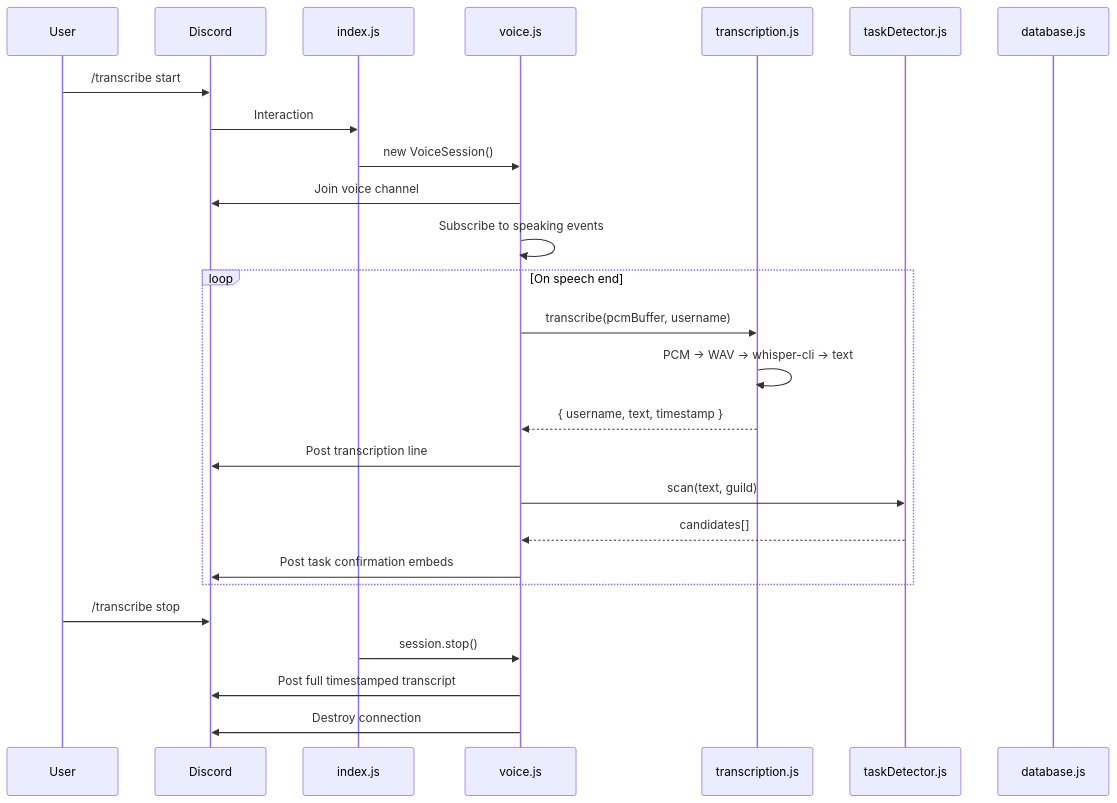
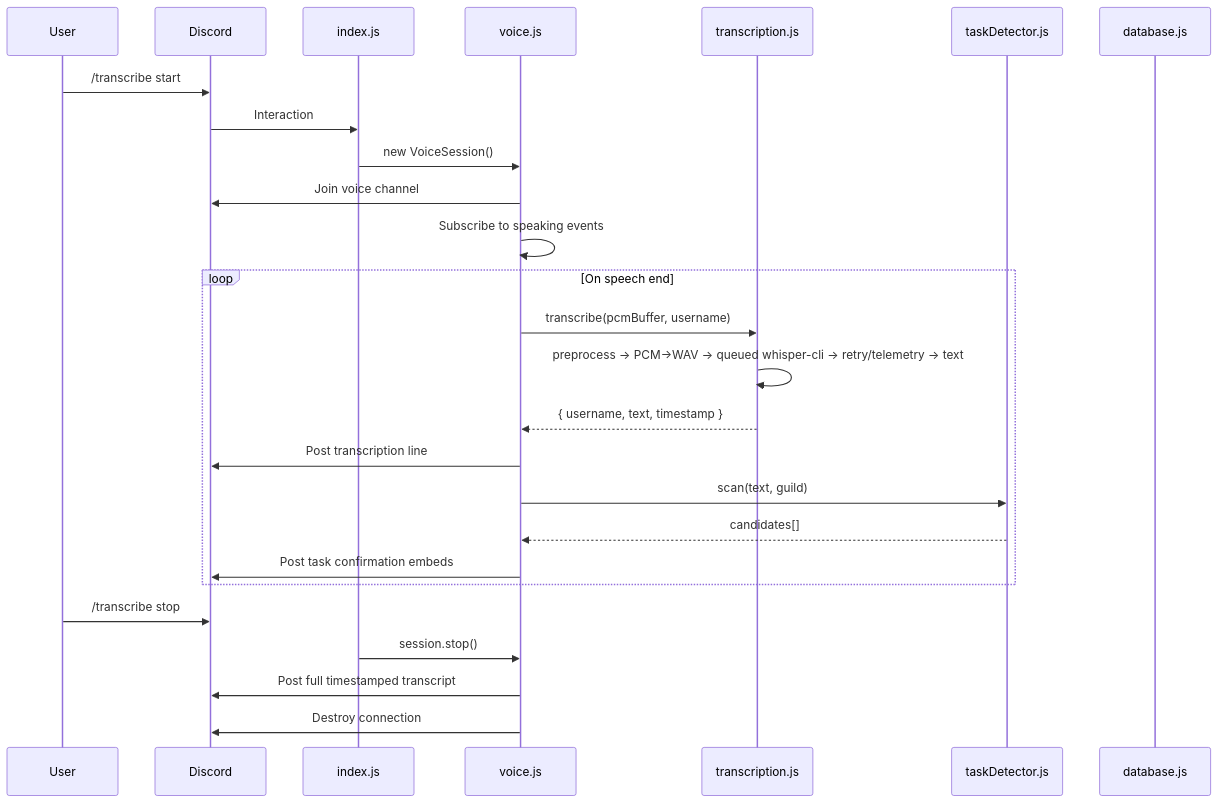
One commit to patriki28/discord-pmo-bot changed the first of 4 diagrams in docs/ARCHITECTURE.md. Above: the diagram before and after it, drawn with Mermaid. The commit also changed other lines of this file and 20 other files, not shown here.

````diff
--- a/docs/ARCHITECTURE.md
+++ b/docs/ARCHITECTURE.md
@@ -33,31 +33,31 @@
 ```mermaid
 sequenceDiagram
     participant User
     participant Discord
     participant Bot as index.js
     participant VS as voice.js
     participant T as transcription.js
     participant TD as taskDetector.js
     participant DB as database.js
 
     User->>Discord: /transcribe start
     Discord->>Bot: Interaction
     Bot->>VS: new VoiceSession()
     VS->>Discord: Join voice channel
     VS->>VS: Subscribe to speaking events
 
     loop On speech end
         VS->>T: transcribe(pcmBuffer, username)
-        T->>T: PCM → WAV → whisper-cli → text
+        T->>T: preprocess → PCM→WAV → queued whisper-cli → retry/telemetry → text
         T-->>VS: { username, text, timestamp }
         VS->>Discord: Post transcription line
         VS->>TD: scan(text, guild)
         TD-->>VS: candidates[]
         VS->>Discord: Post task confirmation embeds
     end
 
     User->>Discord: /transcribe stop
     Bot->>VS: session.stop()
     VS->>Discord: Post full timestamped transcript
     VS->>Discord: Destroy connection
 ```
````
